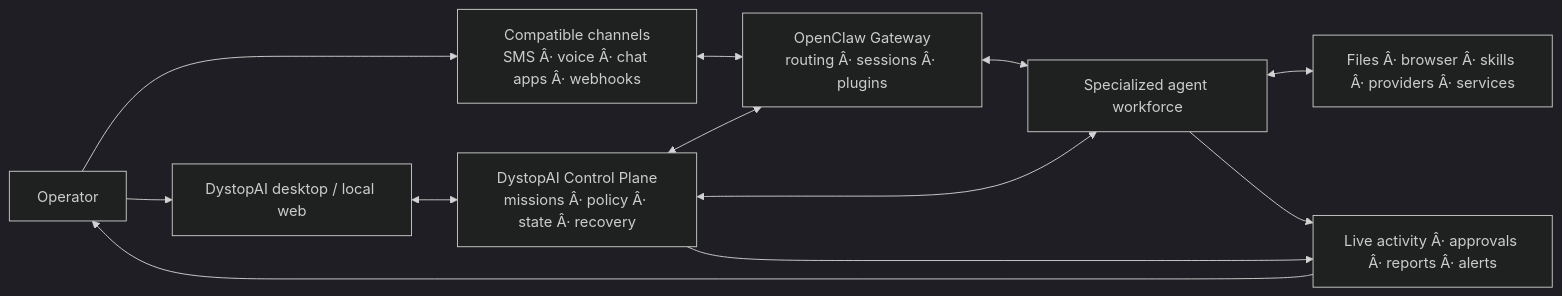
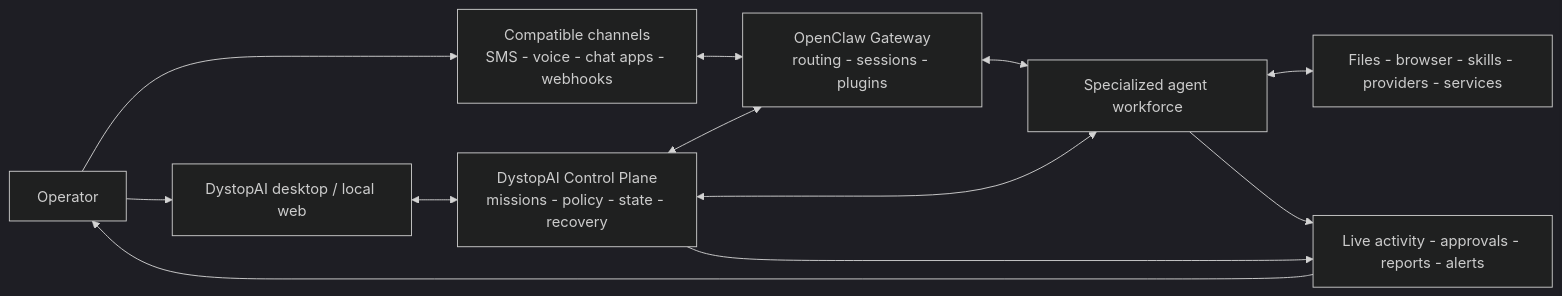
Before and after one commit to hotboysupreme12-hash/DystopAI: the first of 3 diagrams in README.md, drawn with Mermaid (dark theme). The commit also changed other lines of this file, not shown here.

````diff
--- a/README.md
+++ b/README.md
@@ -81,23 +81,23 @@
 ```mermaid
 flowchart LR
   Operator["Operator"]
   Desktop["DystopAI desktop / local web"]
-  Channels["Compatible channels<br/>SMS Â· voice Â· chat apps Â· webhooks"]
-  Gateway["OpenClaw Gateway<br/>routing Â· sessions Â· plugins"]
-  Control["DystopAI Control Plane<br/>missions Â· policy Â· state Â· recovery"]
+  Channels["Compatible channels<br/>SMS - voice - chat apps - webhooks"]
+  Gateway["OpenClaw Gateway<br/>routing - sessions - plugins"]
+  Control["DystopAI Control Plane<br/>missions - policy - state - recovery"]
   Agents["Specialized agent workforce"]
-  Tools["Files Â· browser Â· skills Â· providers Â· services"]
-  Evidence["Live activity Â· approvals Â· reports Â· alerts"]
+  Tools["Files - browser - skills - providers - services"]
+  Evidence["Live activity - approvals - reports - alerts"]
 
   Operator --> Desktop
   Operator --> Channels
   Desktop <--> Control
   Channels <--> Gateway
   Control <--> Gateway
   Gateway <--> Agents
   Control <--> Agents
   Agents <--> Tools
   Agents --> Evidence
   Control --> Evidence
   Evidence --> Operator
 ```
````
